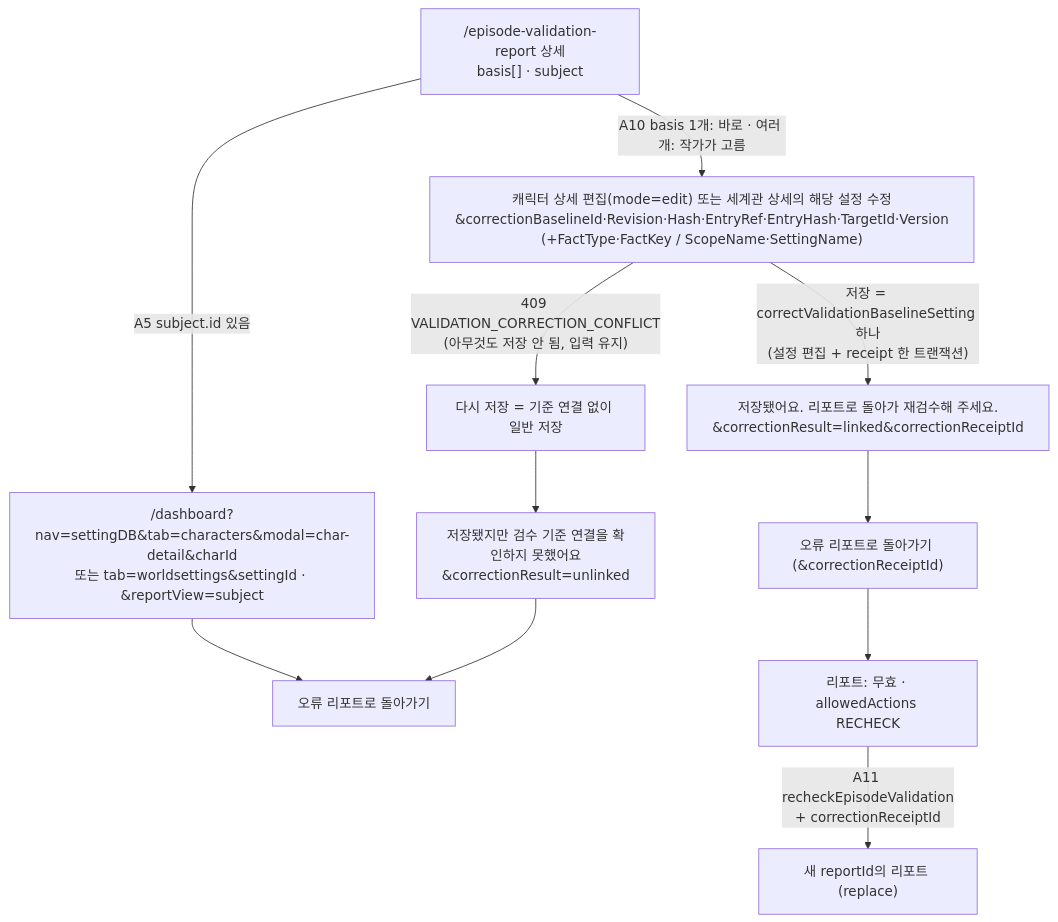
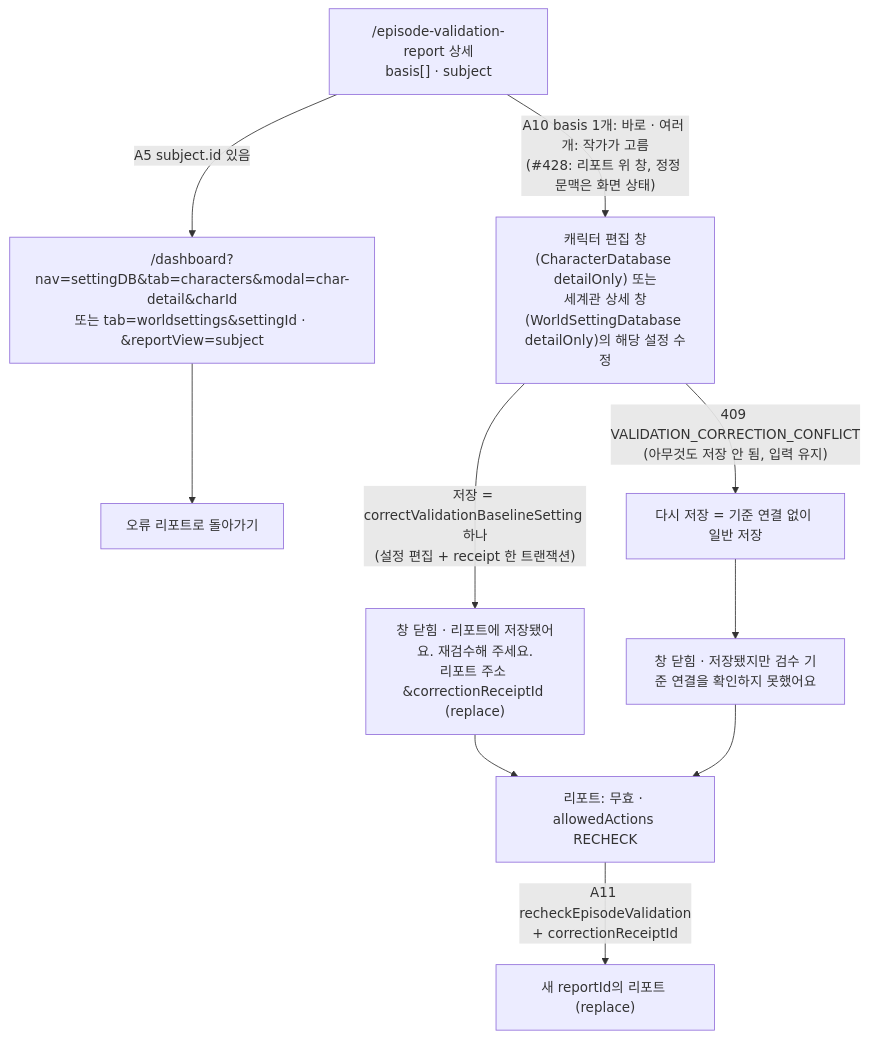
Before and after one commit to catchhole-soma/catchhole-front: diagram 18 of 21 in docs/screen-flow.md, drawn with Mermaid. The commit also changed other lines of this file and 1 other file, not shown here.

First line of the commit message:
docs(validation): 오류 리포트 제자리 고치기 흐름을 기록한다

````diff
--- a/docs/screen-flow.md
+++ b/docs/screen-flow.md
@@ -1116,13 +1116,12 @@
 ```mermaid
 flowchart TD
     R["/episode-validation-report 상세<br/>basis[] · subject"] -->|"A5 subject.id 있음"| V["/dashboard?nav=settingDB&tab=characters&modal=char-detail&charId<br/>또는 tab=worldsettings&settingId · &reportView=subject"]
     V --> B["오류 리포트로 돌아가기"]
-    R -->|"A10 basis 1개: 바로 · 여러 개: 작가가 고름"| E["캐릭터 상세 편집(mode=edit) 또는 세계관 상세의 해당 설정 수정<br/>&correctionBaselineId·Revision·Hash·EntryRef·EntryHash·TargetId·Version<br/>(+FactType·FactKey / ScopeName·SettingName)"]
-    E -->|"저장 = correctValidationBaselineSetting 하나<br/>(설정 편집 + receipt 한 트랜잭션)"| OK["저장됐어요. 리포트로 돌아가 재검수해 주세요.<br/>&correctionResult=linked&correctionReceiptId"]
+    R -->|"A10 basis 1개: 바로 · 여러 개: 작가가 고름<br/>(#428: 리포트 위 창, 정정 문맥은 화면 상태)"| E["캐릭터 편집 창(CharacterDatabase detailOnly) 또는<br/>세계관 상세 창(WorldSettingDatabase detailOnly)의 해당 설정 수정"]
+    E -->|"저장 = correctValidationBaselineSetting 하나<br/>(설정 편집 + receipt 한 트랜잭션)"| OK["창 닫힘 · 리포트에 저장됐어요. 재검수해 주세요.<br/>리포트 주소 &correctionReceiptId (replace)"]
     E -->|"409 VALIDATION_CORRECTION_CONFLICT<br/>(아무것도 저장 안 됨, 입력 유지)"| P["다시 저장 = 기준 연결 없이 일반 저장"]
-    P --> UN["저장됐지만 검수 기준 연결을 확인하지 못했어요<br/>&correctionResult=unlinked"]
-    OK --> B2["오류 리포트로 돌아가기 (&correctionReceiptId)"]
-    UN --> B
-    B2 --> RC["리포트: 무효 · allowedActions RECHECK"]
+    P --> UN["창 닫힘 · 저장됐지만 검수 기준 연결을 확인하지 못했어요"]
+    OK --> RC["리포트: 무효 · allowedActions RECHECK"]
+    UN --> RC
     RC -->|"A11 recheckEpisodeValidation<br/>+ correctionReceiptId"| N["새 reportId의 리포트 (replace)"]
 ```
````
